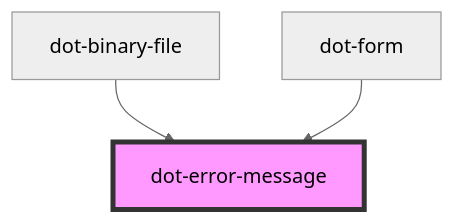
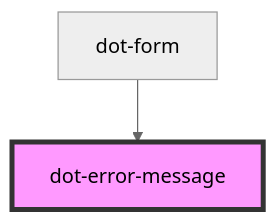
The diagram in libs/dotcms-webcomponents/src/components/contenttypes-fields/dot-error-message/readme.md (dotCMS/core), drawn with Mermaid (neutral theme) before and after one commit. The commit also changed other lines of this file and 7 other files, not shown here.

First line of the commit message:
dotCMS/core#18019 fix Update dot-binary-file web component to support maxFileLength attr (#1917)

````diff
--- a/libs/dotcms-webcomponents/src/components/contenttypes-fields/dot-error-message/readme.md
+++ b/libs/dotcms-webcomponents/src/components/contenttypes-fields/dot-error-message/readme.md
@@ -16,6 +15,5 @@
 ```mermaid
 graph TD;
-  dot-binary-file --> dot-error-message
   dot-form --> dot-error-message
   style dot-error-message fill:#f9f,stroke:#333,stroke-width:4px
 ```
````
